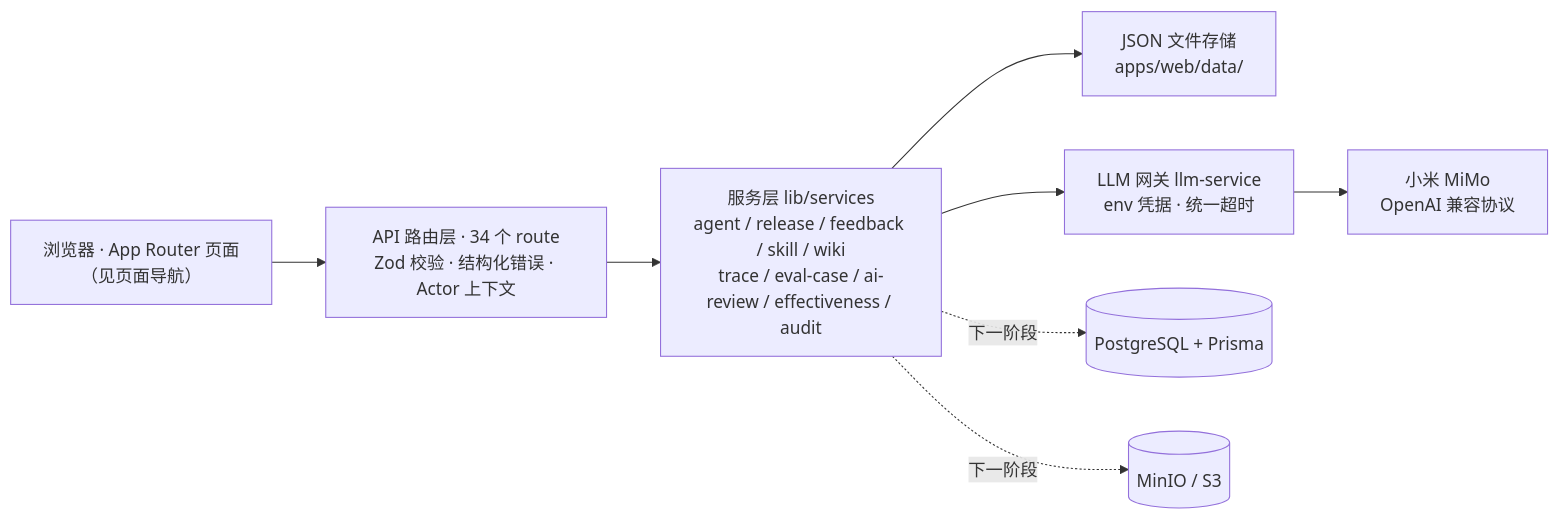
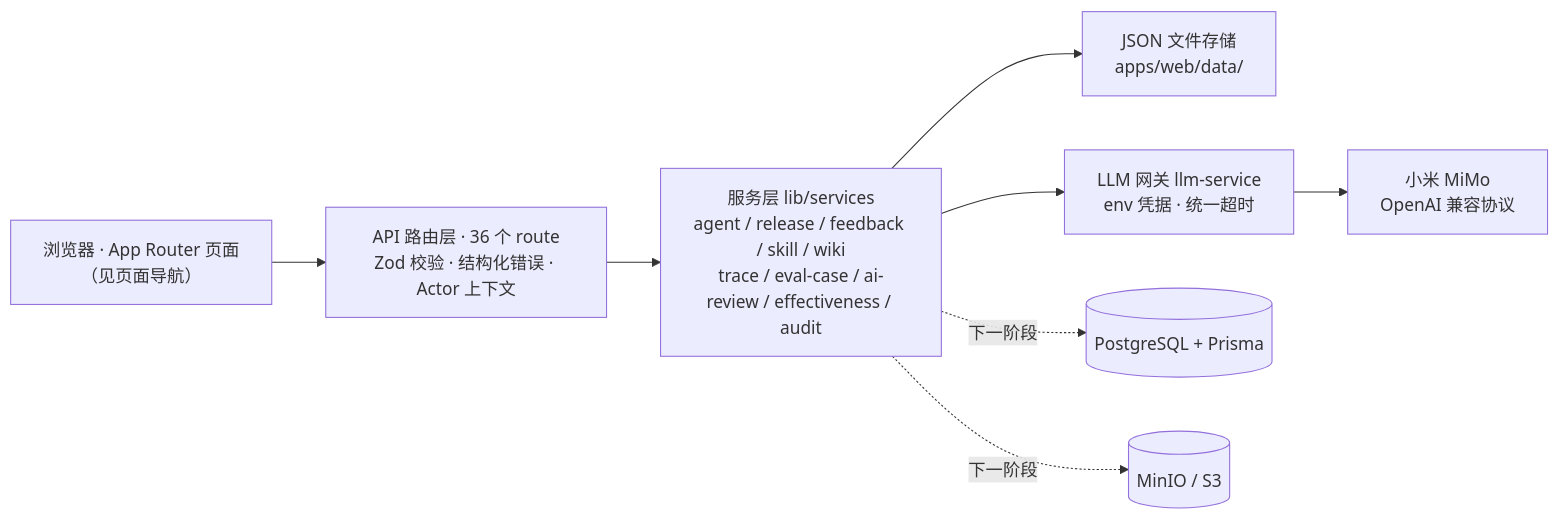
The first of 2 diagrams in README.md (ai-guru-global/agent-up), drawn with Mermaid before and after one commit. The commit also changed other lines of this file and 28 other files, not shown here.

````diff
--- a/README.md
+++ b/README.md
@@ -140,10 +142,10 @@
 ```mermaid
 flowchart LR
-    P["浏览器 · App Router 页面<br/>（见页面导航）"] --> A["API 路由层 · 34 个 route<br/>Zod 校验 · 结构化错误 · Actor 上下文"]
+    P["浏览器 · App Router 页面<br/>（见页面导航）"] --> A["API 路由层 · 36 个 route<br/>Zod 校验 · 结构化错误 · Actor 上下文"]
     A --> S["服务层 lib/services<br/>agent / release / feedback / skill / wiki<br/>trace / eval-case / ai-review / effectiveness / audit"]
     S --> D["JSON 文件存储<br/>apps/web/data/"]
     S --> L["LLM 网关 llm-service<br/>env 凭据 · 统一超时"]
     L --> M["小米 MiMo<br/>OpenAI 兼容协议"]
     S -. 下一阶段 .-> DB[("PostgreSQL + Prisma")]
     S -. 下一阶段 .-> O[("MinIO / S3")]
 ```
````
